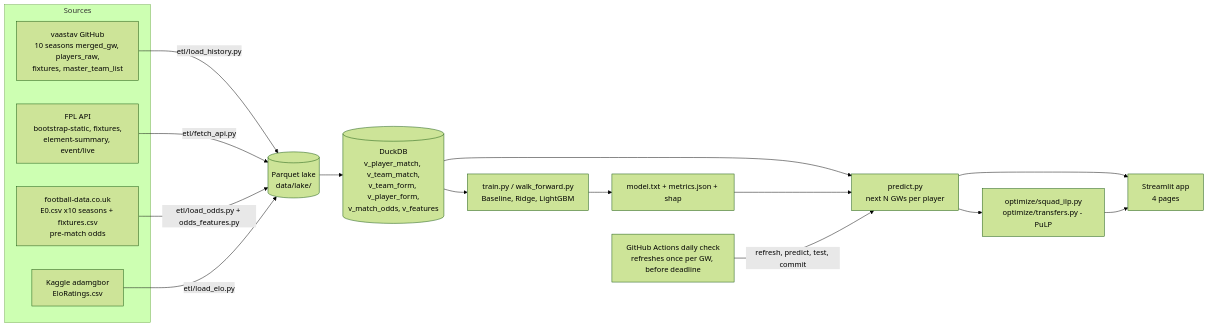
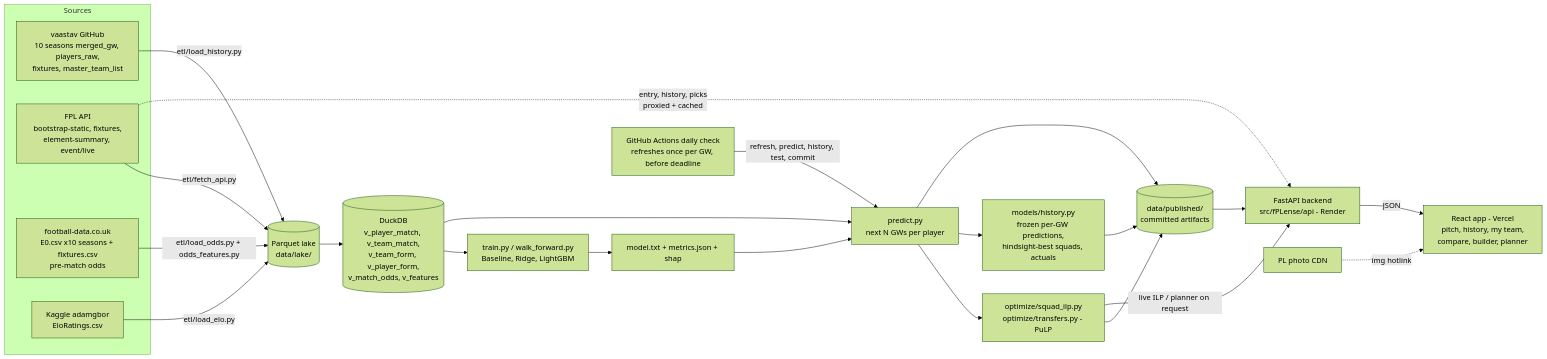
Before and after one commit to SudevOP1/FPLense: the diagram in PLAN.md, drawn with Mermaid (forest theme). The commit also changed other lines of this file and 1 other file, not shown here.

````diff
--- a/PLAN.md
+++ b/PLAN.md
@@ -243,22 +254,29 @@
 ```mermaid
 flowchart LR
   subgraph Sources
     V[vaastav GitHub<br/>10 seasons merged_gw, players_raw,<br/>fixtures, master_team_list]
     A[FPL API<br/>bootstrap-static, fixtures,<br/>element-summary, event/live]
     F[football-data.co.uk<br/>E0.csv x10 seasons + fixtures.csv<br/>pre-match odds]
     K[Kaggle adamgbor<br/>EloRatings.csv]
   end
   V -->|etl/load_history.py| L[(Parquet lake<br/>data/lake/)]
   A -->|etl/fetch_api.py| L
   F -->|etl/load_odds.py + odds_features.py| L
   K -->|etl/load_elo.py| L
   L --> D[(DuckDB<br/>v_player_match, v_team_match,<br/>v_team_form, v_player_form,<br/>v_match_odds, v_features)]
   D --> T[train.py / walk_forward.py<br/>Baseline, Ridge, LightGBM]
   T --> M[model.txt + metrics.json + shap]
   D --> P[predict.py<br/>next N GWs per player]
   M --> P
   P --> O[optimize/squad_ilp.py<br/>optimize/transfers.py - PuLP]
-  P --> S[Streamlit app<br/>4 pages]
-  O --> S
-  G[GitHub Actions daily check<br/>refreshes once per GW, before deadline] -->|refresh, predict, test, commit| P
+  P --> H[models/history.py<br/>frozen per-GW predictions,<br/>hindsight-best squads, actuals]
+  P --> PUB[(data/published/<br/>committed artifacts)]
+  O --> PUB
+  H --> PUB
+  PUB --> API[FastAPI backend<br/>src/fPLense/api - Render]
+  O -->|live ILP / planner on request| API
+  A -.->|entry, history, picks<br/>proxied + cached| API
+  API -->|JSON| WEB[React app - Vercel<br/>pitch, history, my team,<br/>compare, builder, planner]
+  CDN[PL photo CDN] -.->|img hotlink| WEB
+  G[GitHub Actions daily check<br/>refreshes once per GW, before deadline] -->|refresh, predict, history, test, commit| P
 ```
````
